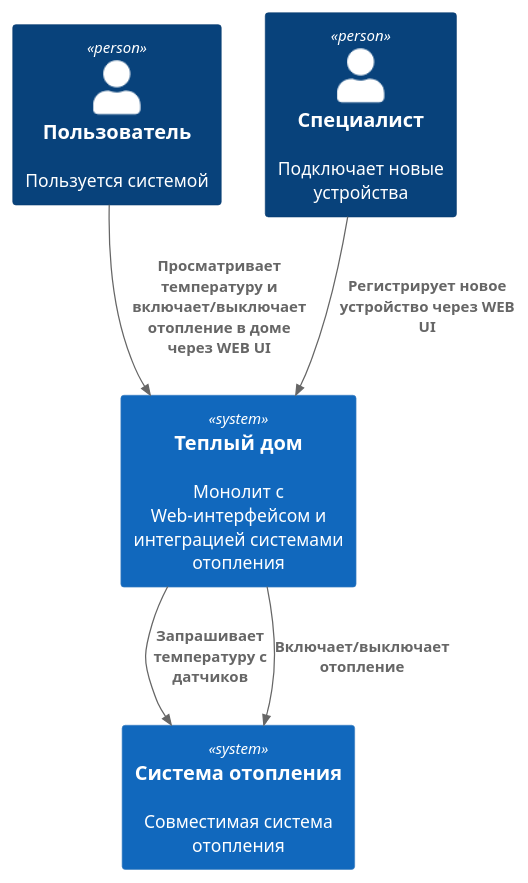
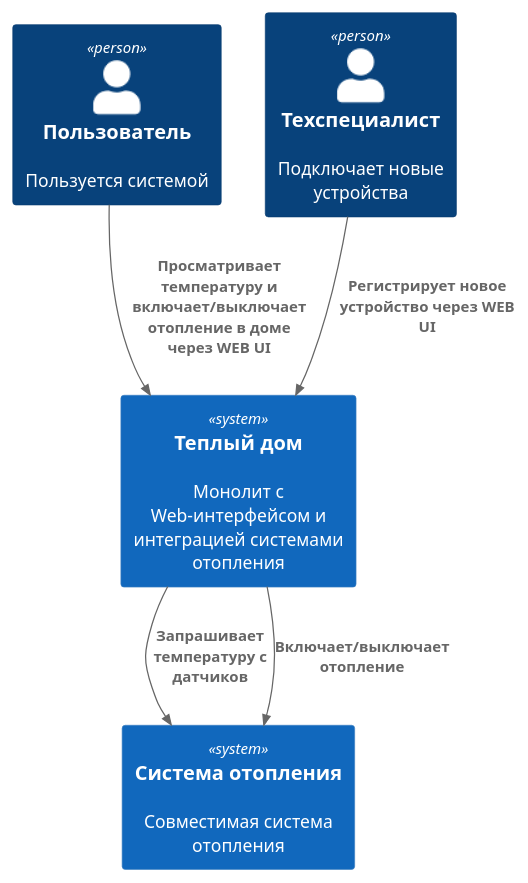
The diagram in docs/diagrams/context.puml (ZhurkinAngular/Warmhouse), drawn with PlantUML before and after one commit. The commit also changed 4 other files, not shown here.

Commit message:
Update diagrams

```diff
--- a/docs/diagrams/context.puml
+++ b/docs/diagrams/context.puml
@@ -1,16 +1,16 @@
 @startuml
 
 !include <C4/C4_Context>
 
 Person(user, "Пользователь", "Пользуется системой")
-Person(technician, "Специалист", "Подключает новые устройства")
+Person(admin, "Техспециалист", "Подключает новые устройства")
 
 System(backend, "Теплый дом", "Монолит с Web-интерфейсом и интеграцией системами отопления")
 System(heating, "Система отопления", "Совместимая система отопления")
 
 Rel(user, backend, "Просматривает температуру и включает/выключает отопление в доме через WEB UI")
-Rel(technician, backend, "Регистрирует новое устройство через WEB UI")
+Rel(admin, backend, "Регистрирует новое устройство через WEB UI")
 Rel(backend, heating, "Запрашивает температуру с датчиков")
 Rel(backend, heating, "Включает/выключает отопление")
 
 @enduml
```
